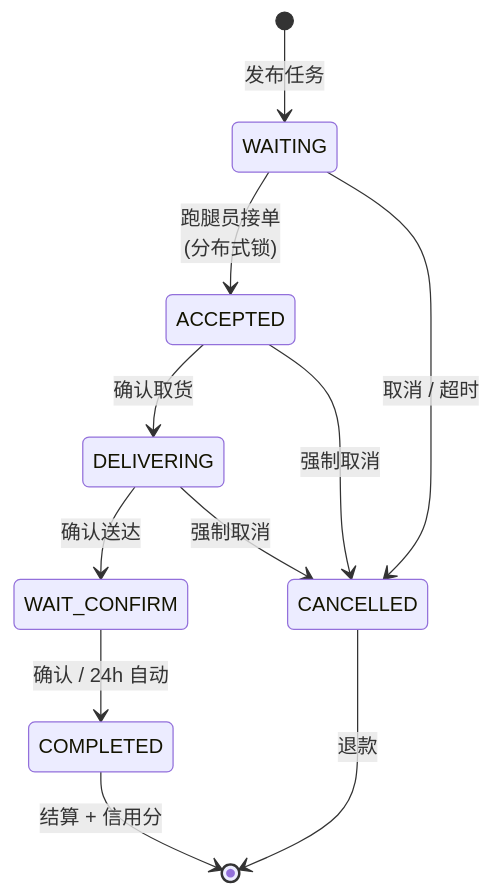
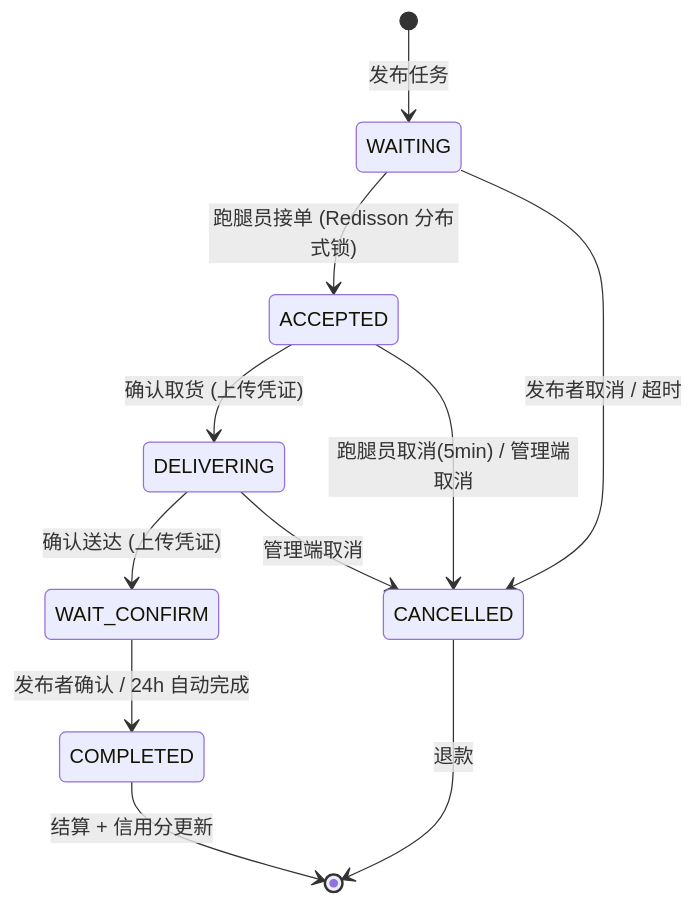
The diagram in docs/versions/v1.0.0.md (Ikeu-1030/iRun), drawn with Mermaid before and after one commit. The commit also changed other lines of this file and 9 other files, not shown here.

````diff
--- a/docs/versions/v1.0.0.md
+++ b/docs/versions/v1.0.0.md
@@ -102,13 +78,13 @@
 ```mermaid
 stateDiagram-v2
     [*] --> WAITING : 发布任务
-    WAITING --> ACCEPTED : 跑腿员接单<br/>(分布式锁)
-    WAITING --> CANCELLED : 取消 / 超时
-    ACCEPTED --> DELIVERING : 确认取货
-    ACCEPTED --> CANCELLED : 强制取消
-    DELIVERING --> WAIT_CONFIRM : 确认送达
-    DELIVERING --> CANCELLED : 强制取消
-    WAIT_CONFIRM --> COMPLETED : 确认 / 24h 自动
-    COMPLETED --> [*] : 结算 + 信用分
+    WAITING --> ACCEPTED : 跑腿员接单 (Redisson 分布式锁)
+    WAITING --> CANCELLED : 发布者取消 / 超时
+    ACCEPTED --> DELIVERING : 确认取货 (上传凭证)
+    ACCEPTED --> CANCELLED : 跑腿员取消(5min) / 管理端取消
+    DELIVERING --> WAIT_CONFIRM : 确认送达 (上传凭证)
+    DELIVERING --> CANCELLED : 管理端取消
+    WAIT_CONFIRM --> COMPLETED : 发布者确认 / 24h 自动完成
+    COMPLETED --> [*] : 结算 + 信用分更新
     CANCELLED --> [*] : 退款
 ```
````
